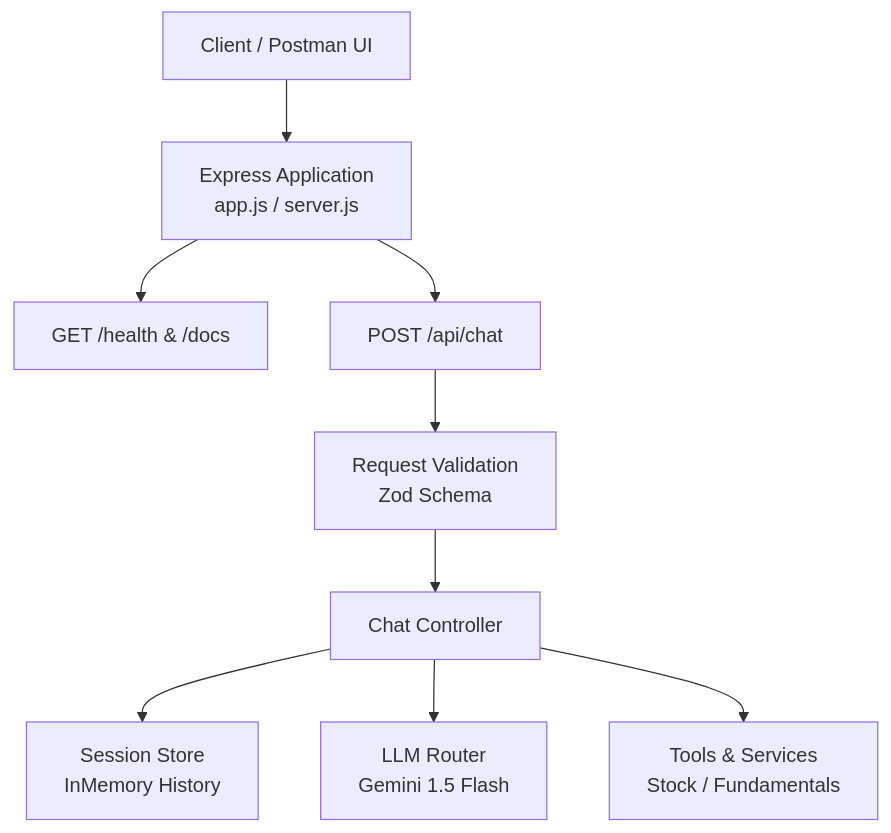
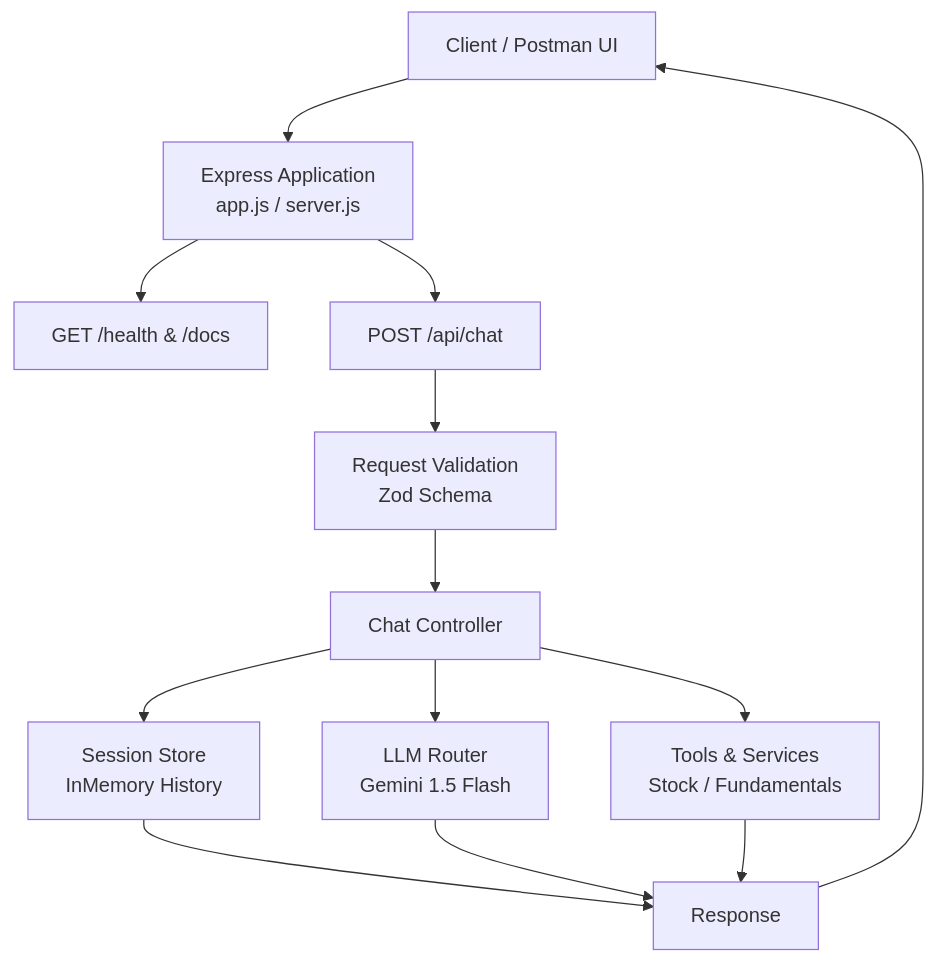
One commit to MojahidSayad/Financial-Assistant-API changed the diagram in README.md. Above: the diagram before and after it, drawn with Mermaid. The commit also changed other lines of this file, not shown here.

````diff
--- a/README.md
+++ b/README.md
@@ -9,14 +9,19 @@
 ```mermaid
 flowchart TD
     A[Client / Postman UI] --> B[Express Application<br/>app.js / server.js]
 
     B --> C[GET /health & /docs]
     B --> D[POST /api/chat]
 
     D --> E[Request Validation<br/>Zod Schema]
     E --> F[Chat Controller]
 
     F --> G[Session Store<br/>InMemory History]
     F --> H[LLM Router<br/>Gemini 1.5 Flash]
     F --> I[Tools & Services<br/>Stock / Fundamentals]
+
+    G --> J[Response]
+    H --> J
+    I --> J
+    J --> A
 ```
````
